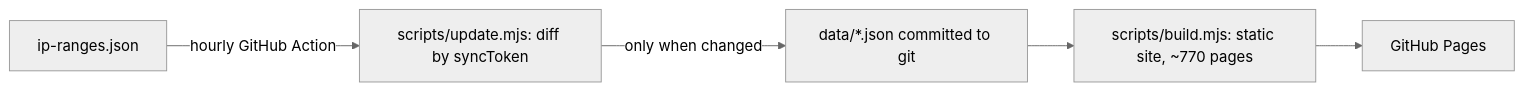
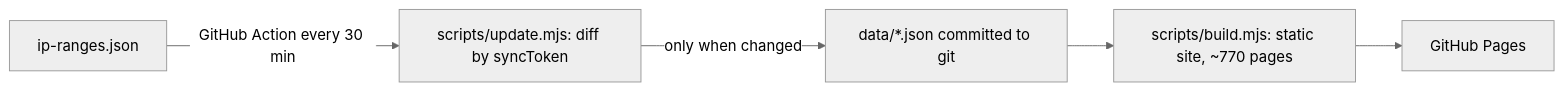
One commit to manishh-13/aws-ip-map changed the diagram in README.md. Above: the diagram before and after it, drawn with Mermaid (neutral theme). The commit also changed other lines of this file and 4 other files, not shown here.

Commit message:
Capture every 30 minutes (no AWS versions <30 min apart in the last year)

````diff
--- a/README.md
+++ b/README.md
@@ -28,7 +28,7 @@
 ```mermaid
 flowchart LR
-  A[ip-ranges.json] -->|hourly GitHub Action| B[scripts/update.mjs: diff by syncToken]
+  A[ip-ranges.json] -->|GitHub Action every 30 min| B[scripts/update.mjs: diff by syncToken]
   B -->|only when changed| C[data/*.json committed to git]
   C --> D[scripts/build.mjs: static site, ~770 pages]
   D --> E[GitHub Pages]
 ```
````
